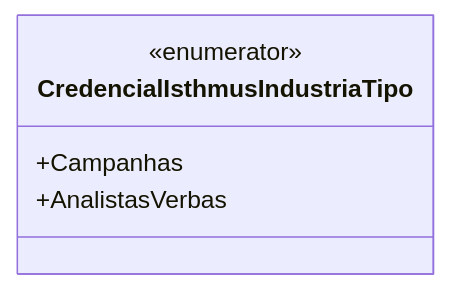
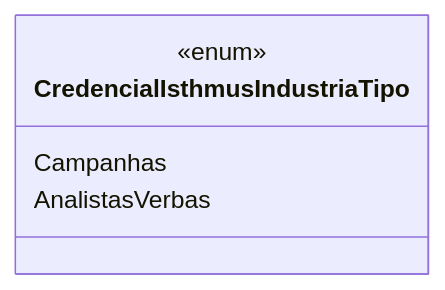
Before and after one commit to IsthmusSistemas/documentacao-tecnica: the diagram in docs/b2b-dominio/IsthmusWinthor.Nucleo/IsthmusWinthor.Dominio/Enumeradores/CredencialIsthmusIndustriaTipo.md, drawn with Mermaid. The commit also changed other lines of this file and 882 other files, not shown here.

````diff
--- a/docs/b2b-dominio/IsthmusWinthor.Nucleo/IsthmusWinthor.Dominio/Enumeradores/CredencialIsthmusIndustriaTipo.md
+++ b/docs/b2b-dominio/IsthmusWinthor.Nucleo/IsthmusWinthor.Dominio/Enumeradores/CredencialIsthmusIndustriaTipo.md
@@ -13,8 +12,8 @@
 ```mermaid
 classDiagram
     class CredencialIsthmusIndustriaTipo {
-        <<enumerator>>
-        +Campanhas
-        +AnalistasVerbas
+        <<enum>>
+        Campanhas
+        AnalistasVerbas
     }
 ```
````
